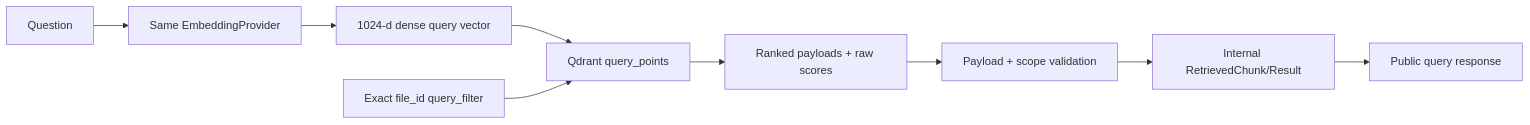
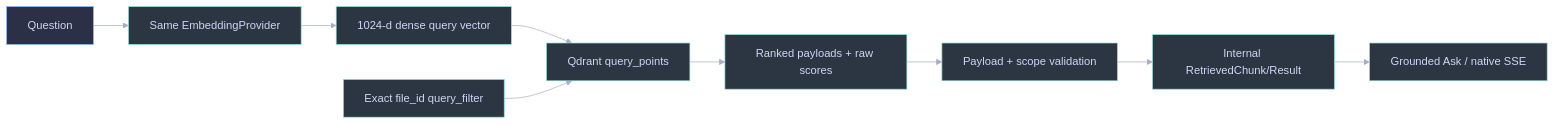
One commit to RyxnDmello/atlas changed the second of 3 diagrams in .agents/skills/rag/SKILL.md. Above: the diagram before and after it, drawn with Mermaid. The commit also changed other lines of this file and 71 other files, not shown here.

````diff
--- a/.agents/skills/rag/SKILL.md
+++ b/.agents/skills/rag/SKILL.md
@@ -383,11 +385,21 @@
 ```mermaid
+%%{init: {'theme': 'base', 'themeVariables': {'background': '#1e1e2e', 'primaryColor': '#45475a', 'primaryTextColor': '#cdd6f4', 'primaryBorderColor': '#89b4fa', 'lineColor': '#a6adc8', 'secondaryColor': '#313244', 'tertiaryColor': '#181825', 'fontFamily': 'Inter, sans-serif'}}}%%
 flowchart LR
     Question["Question"] --> Embed["Same EmbeddingProvider"]
     Embed --> Vector["1024-d dense query vector"]
     Vector --> Search["Qdrant query_points"]
     Scope["Exact file_id query_filter"] --> Search
     Search --> Results["Ranked payloads + raw scores"]
     Results --> Validate["Payload + scope validation"]
     Validate --> Internal["Internal RetrievedChunk/Result"]
-    Internal --> Public["Public query response"]
+    Internal --> Ask["Grounded Ask / native SSE"]
+    class Question client;
+    class Embed,Vector,Search,Scope,Results,Validate,Internal,Ask service;
+    classDef client fill:#2b3046,stroke:#89b4fa,stroke-width:1px,color:#cdd6f4;
+    classDef service fill:#2c3642,stroke:#94e2d5,stroke-width:1px,color:#cdd6f4;
+    classDef storage fill:#332e46,stroke:#cba6f7,stroke-width:1px,color:#cdd6f4;
+    classDef verified fill:#2e363c,stroke:#a6e3a1,stroke-width:1px,color:#cdd6f4;
+    classDef planned fill:#30323f,stroke:#b4befe,stroke-width:1px,color:#cdd6f4;
+    classDef caution fill:#38362e,stroke:#f9e2af,stroke-width:1px,color:#cdd6f4;
+    classDef denied fill:#39303d,stroke:#f38ba8,stroke-width:1px,color:#cdd6f4;
 ```
````
